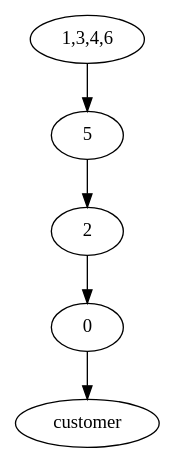
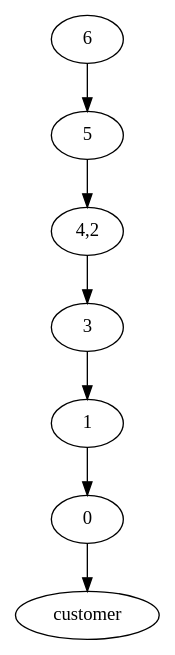
The diagram in codes/test.dot (clussificate/ECHELON_INVENTORY), drawn with Graphviz before and after one commit. The commit also changed 2 other files, not shown here.

```diff
--- a/codes/test.dot
+++ b/codes/test.dot
@@ -1,6 +1,8 @@
 strict digraph "" {
 	0 -> customer	[len=0];
-	2 -> 0	[len=4];
-	5 -> 2	[len=1];
-	"1,3,4,6" -> 5	[len=1];
+	1 -> 0	[len=1];
+	3 -> 1	[len=2];
+	"4,2" -> 3	[len=1];
+	5 -> "4,2"	[len=1];
+	6 -> 5	[len=1];
 }
```
